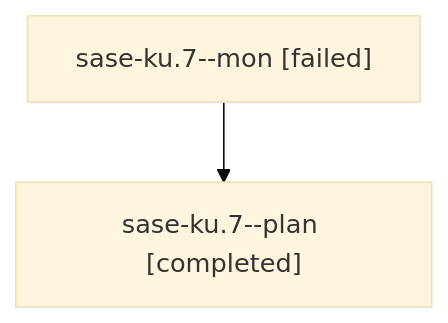
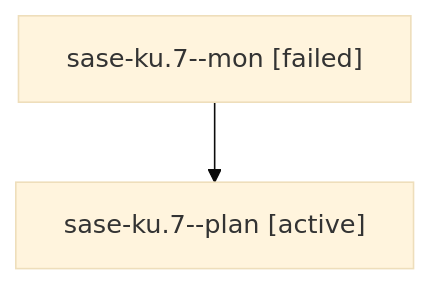
Before and after one commit to sase-org/sase--agents: the diagram in families/bbugyi200.athena.sase-ku.7.md, drawn with Mermaid (base theme). The commit also changed other lines of this file and 35830 other files, not shown here.

````diff
--- a/families/bbugyi200.athena.sase-ku.7.md
+++ b/families/bbugyi200.athena.sase-ku.7.md
@@ -9,6 +9,6 @@
 ```mermaid
 flowchart TD
   n0["sase-ku.7--mon [failed]"]
-  n1["sase-ku.7--plan [completed]"]
+  n1["sase-ku.7--plan [active]"]
   n0 --> n1
 ```
````
